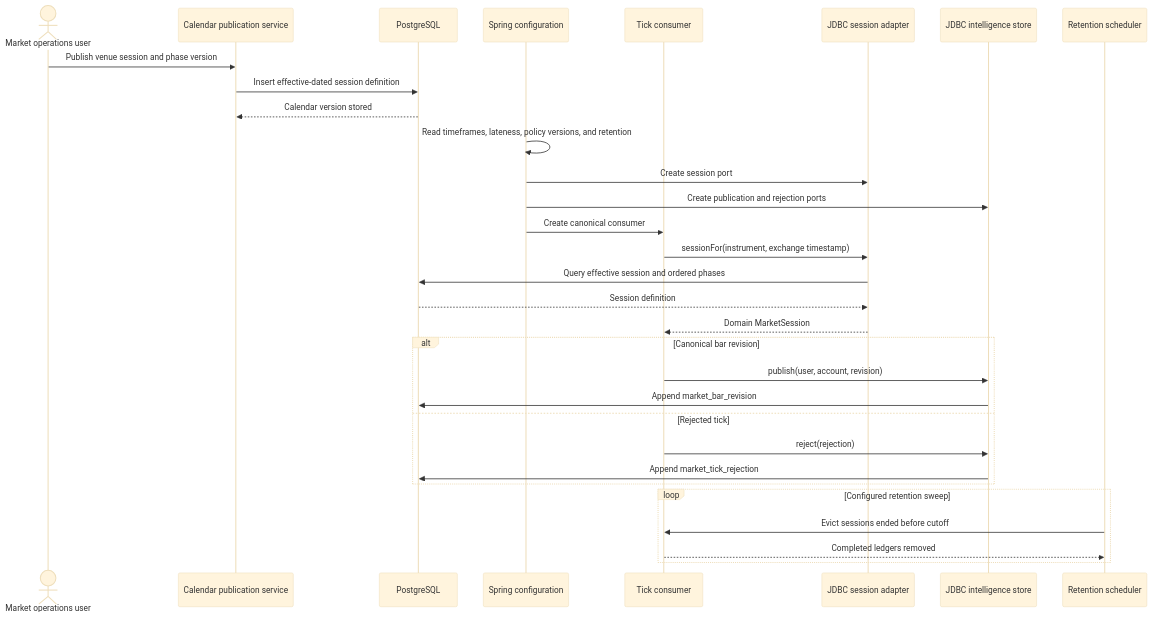
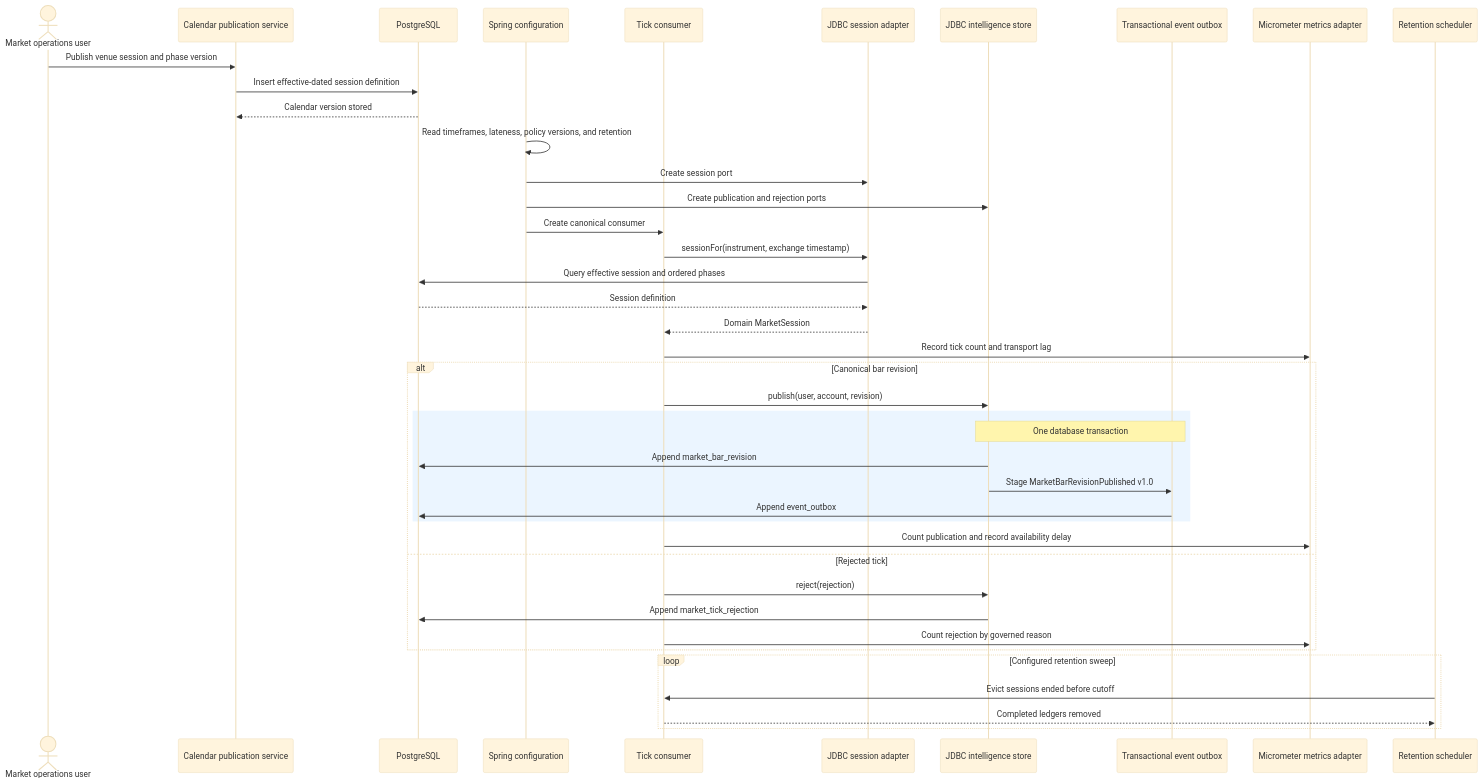
One commit to satyapp/predictiveEdge changed the seventh of 10 diagrams in docs/architecture/core-ai/market-intelligence-user-flows-and-sequences.md. Above: the diagram before and after it, drawn with Mermaid (base theme). The commit also changed other lines of this file and 91 other files, not shown here.

````diff
--- a/docs/architecture/core-ai/market-intelligence-user-flows-and-sequences.md
+++ b/docs/architecture/core-ai/market-intelligence-user-flows-and-sequences.md
@@ -203,38 +211,48 @@
 ```mermaid
 sequenceDiagram
     actor Operator as Market operations user
     participant Loader as Calendar publication service
     participant DB as PostgreSQL
     participant Spring as Spring configuration
     participant Consumer as Tick consumer
     participant Calendar as JDBC session adapter
     participant Store as JDBC intelligence store
+    participant Outbox as Transactional event outbox
+    participant Metrics as Micrometer metrics adapter
     participant Reaper as Retention scheduler
 
     Operator->>Loader: Publish venue session and phase version
     Loader->>DB: Insert effective-dated session definition
     DB-->>Loader: Calendar version stored
 
     Spring->>Spring: Read timeframes, lateness, policy versions, and retention
     Spring->>Calendar: Create session port
     Spring->>Store: Create publication and rejection ports
     Spring->>Consumer: Create canonical consumer
 
     Consumer->>Calendar: sessionFor(instrument, exchange timestamp)
     Calendar->>DB: Query effective session and ordered phases
     DB-->>Calendar: Session definition
     Calendar-->>Consumer: Domain MarketSession
+    Consumer->>Metrics: Record tick count and transport lag
 
     alt Canonical bar revision
         Consumer->>Store: publish(user, account, revision)
-        Store->>DB: Append market_bar_revision
+        rect rgb(235, 245, 255)
+            Note over Store,Outbox: One database transaction
+            Store->>DB: Append market_bar_revision
+            Store->>Outbox: Stage MarketBarRevisionPublished v1.0
+            Outbox->>DB: Append event_outbox
+        end
+        Consumer->>Metrics: Count publication and record availability delay
     else Rejected tick
         Consumer->>Store: reject(rejection)
         Store->>DB: Append market_tick_rejection
+        Consumer->>Metrics: Count rejection by governed reason
     end
 
     loop Configured retention sweep
         Reaper->>Consumer: Evict sessions ended before cutoff
         Consumer-->>Reaper: Completed ledgers removed
     end
 ```
````
